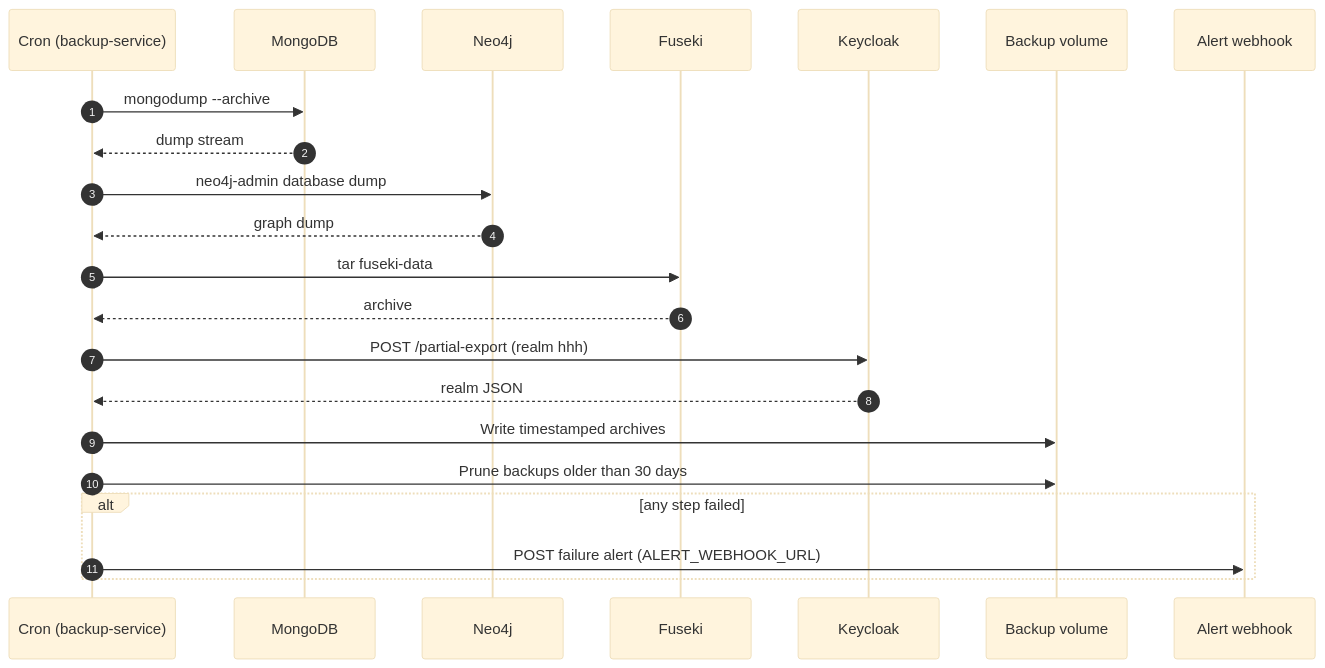
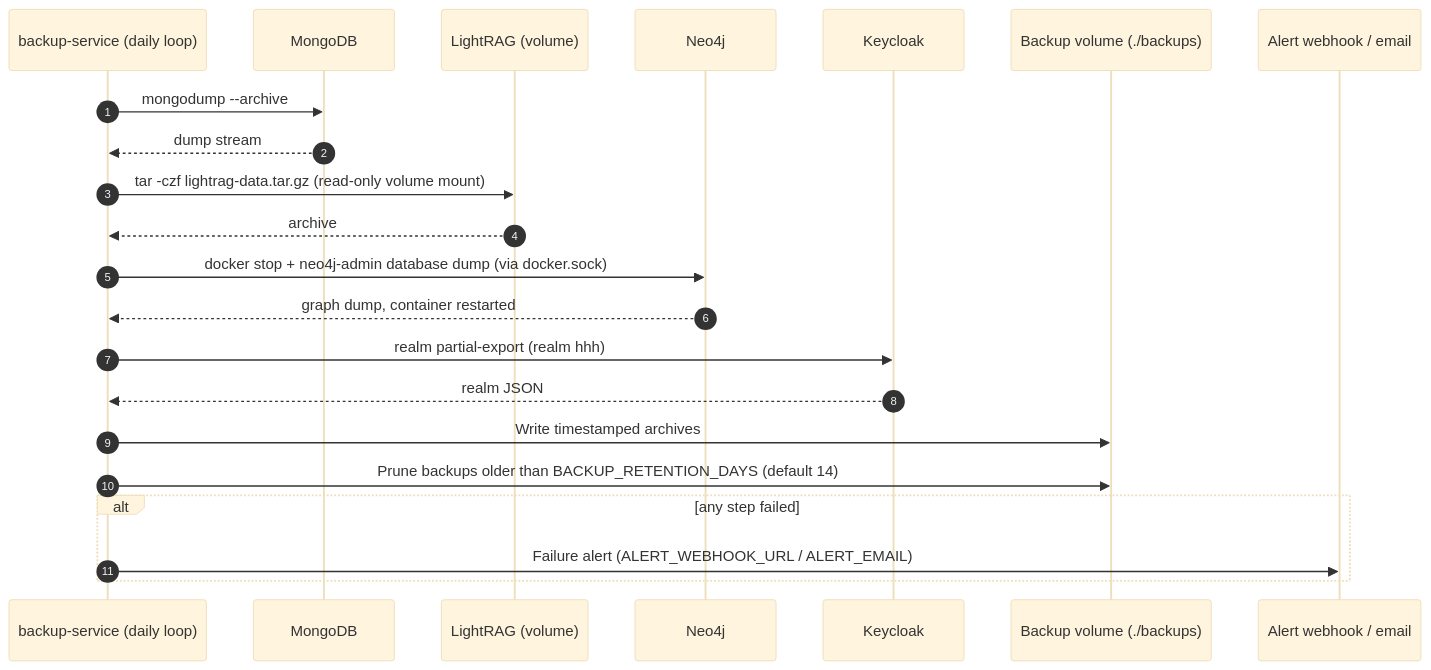
One commit to Bulgy404/health-habit-hub changed the diagram in docs/diagrams/sequences/UC-29-daily-backup.mmd. Above: the diagram before and after it, drawn with Mermaid (base theme). The commit also changed 7 other files, not shown here.

Commit message:
fix: retire Fuseki from architecture and documentation; update backup service details

```diff
--- a/docs/diagrams/sequences/UC-29-daily-backup.mmd
+++ b/docs/diagrams/sequences/UC-29-daily-backup.mmd
@@ -1,24 +1,25 @@
-%% UC-29 — Run daily backup (cron 02:00)
+%% UC-29 — Run daily backup (backup-service, daily loop after startup delay)
+%% Source: backup-service/backup.sh, docker-compose.yml
 sequenceDiagram
     autonumber
-    participant CR as Cron (backup-service)
+    participant CR as backup-service (daily loop)
     participant M as MongoDB
+    participant LR as LightRAG (volume)
     participant N4 as Neo4j
-    participant FU as Fuseki
     participant KC as Keycloak
-    participant FS as Backup volume
-    participant WH as Alert webhook
+    participant FS as Backup volume (./backups)
+    participant WH as Alert webhook / email
 
     CR->>M: mongodump --archive
     M-->>CR: dump stream
-    CR->>N4: neo4j-admin database dump
-    N4-->>CR: graph dump
-    CR->>FU: tar fuseki-data
-    FU-->>CR: archive
-    CR->>KC: POST /partial-export (realm hhh)
+    CR->>LR: tar -czf lightrag-data.tar.gz (read-only volume mount)
+    LR-->>CR: archive
+    CR->>N4: docker stop + neo4j-admin database dump (via docker.sock)
+    N4-->>CR: graph dump, container restarted
+    CR->>KC: realm partial-export (realm hhh)
     KC-->>CR: realm JSON
     CR->>FS: Write timestamped archives
-    CR->>FS: Prune backups older than 30 days
+    CR->>FS: Prune backups older than BACKUP_RETENTION_DAYS (default 14)
     alt any step failed
-        CR->>WH: POST failure alert (ALERT_WEBHOOK_URL)
+        CR->>WH: Failure alert (ALERT_WEBHOOK_URL / ALERT_EMAIL)
     end
```
